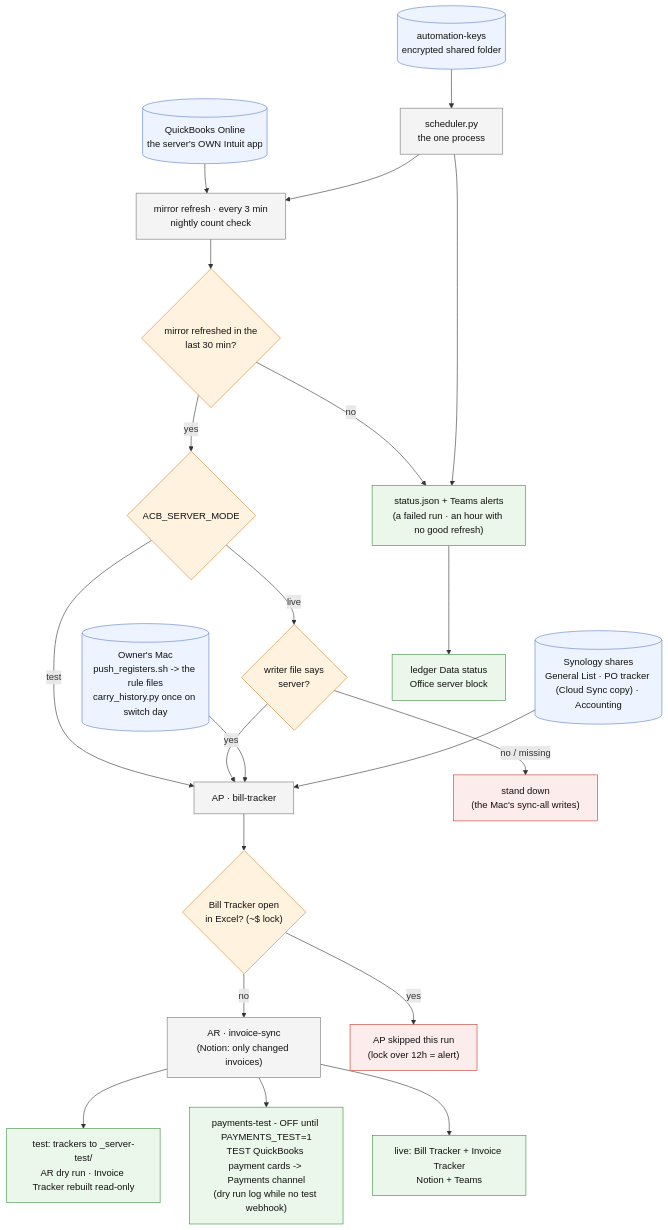
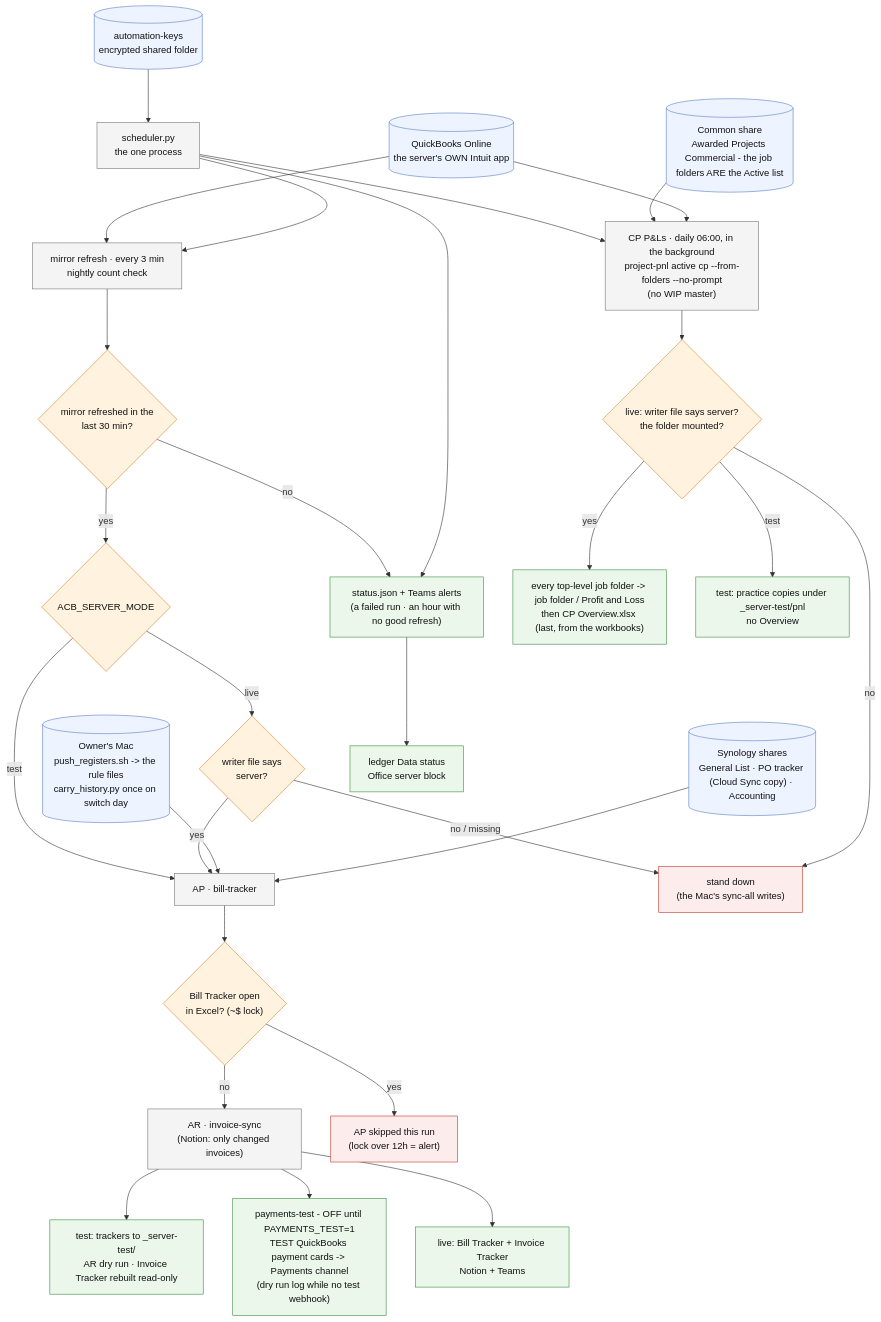
One commit to Ecarlo-Proficient/Claude-Report changed the diagram in docker/FLOW.md. Above: the diagram before and after it, drawn with Mermaid. The commit also changed other lines of this file and 15 other files, not shown here.

Commit message:
office server: CP P&Ls daily at 06:00 - active cp --from-folders (the job folders on Common are the list, WIP master not read), QBO transactions per job, CP Overview last; runs in the background, writer-file gated; project-pnl in the image, awarded-projects mount

````diff
--- a/docker/FLOW.md
+++ b/docker/FLOW.md
@@ -9,48 +9,59 @@
 ```mermaid
 flowchart TD
     classDef src fill:#eef4ff,stroke:#5b7fc7,color:#111
     classDef tool fill:#f4f4f4,stroke:#777,color:#111
     classDef gate fill:#fff3e0,stroke:#d9822b,color:#111
     classDef out fill:#eaf7ea,stroke:#3c8d40,color:#111
     classDef stop fill:#fdecec,stroke:#c0392b,color:#111
 
     QBO[("QuickBooks Online<br/>the server's OWN Intuit app")]:::src
     KEYS[("automation-keys<br/>encrypted shared folder")]:::src
     MAC[("Owner's Mac<br/>push_registers.sh -> the rule files<br/>carry_history.py once on switch day")]:::src
     FILES[("Synology shares<br/>General List · PO tracker (Cloud Sync copy) · Accounting")]:::src
+    CPF[("Common share<br/>Awarded Projects Commercial - the job folders ARE the Active list")]:::src
 
     CLOCK["scheduler.py<br/>the one process"]:::tool
     MIR["mirror refresh · every 3 min<br/>nightly count check"]:::tool
     STALE{"mirror refreshed in the<br/>last 30 min?"}:::gate
     MODE{"ACB_SERVER_MODE"}:::gate
     WRITER{"writer file says<br/>server?"}:::gate
     AP["AP · bill-tracker"]:::tool
     AR["AR · invoice-sync<br/>(Notion: only changed invoices)"]:::tool
     OPEN{"Bill Tracker open<br/>in Excel? (~$ lock)"}:::gate
     SKIPAP["AP skipped this run<br/>(lock over 12h = alert)"]:::stop
     TEST["test: trackers to _server-test/<br/>AR dry run · Invoice Tracker rebuilt read-only"]:::out
     PTEST["payments-test - OFF until PAYMENTS_TEST=1<br/>TEST QuickBooks payment cards -> Payments channel<br/>(dry run log while no test webhook)"]:::out
     LIVE["live: Bill Tracker + Invoice Tracker<br/>Notion + Teams"]:::out
     DOWN["stand down<br/>(the Mac's sync-all writes)"]:::stop
     STATUS["status.json + Teams alerts<br/>(a failed run · an hour with no good refresh)"]:::out
+    PNL["CP P&Ls · daily 06:00, in the background<br/>project-pnl active cp --from-folders --no-prompt<br/>(no WIP master)"]:::tool
+    PNLW{"live: writer file says server?<br/>the folder mounted?"}:::gate
+    PNLOUT["every top-level job folder -> job folder / Profit and Loss<br/>then CP Overview.xlsx (last, from the workbooks)"]:::out
+    PNLTEST["test: practice copies under _server-test/pnl<br/>no Overview"]:::out
 
     KEYS --> CLOCK
     QBO --> MIR
     CLOCK --> MIR --> STALE
     STALE -- no --> STATUS
     STALE -- yes --> MODE
     MODE -- test --> AP
     MODE -- live --> WRITER
     WRITER -- no / missing --> DOWN
     WRITER -- yes --> AP
     MAC --> AP
     FILES --> AP
     AP --> OPEN
     OPEN -- yes --> SKIPAP
     OPEN -- no --> AR
     AR --> TEST
     AR --> PTEST
     AR --> LIVE
+    CLOCK --> PNL --> PNLW
+    CPF --> PNL
+    QBO --> PNL
+    PNLW -- no --> DOWN
+    PNLW -- yes --> PNLOUT
+    PNLW -- test --> PNLTEST
     CLOCK --> STATUS
     STATUS --> LEDGER["ledger Data status<br/>Office server block"]:::out
 ```
````
